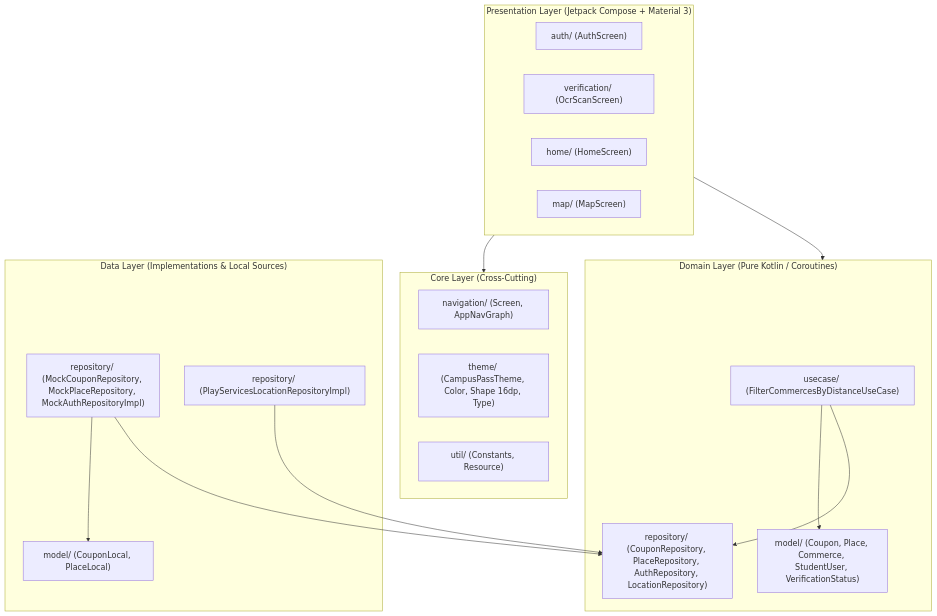
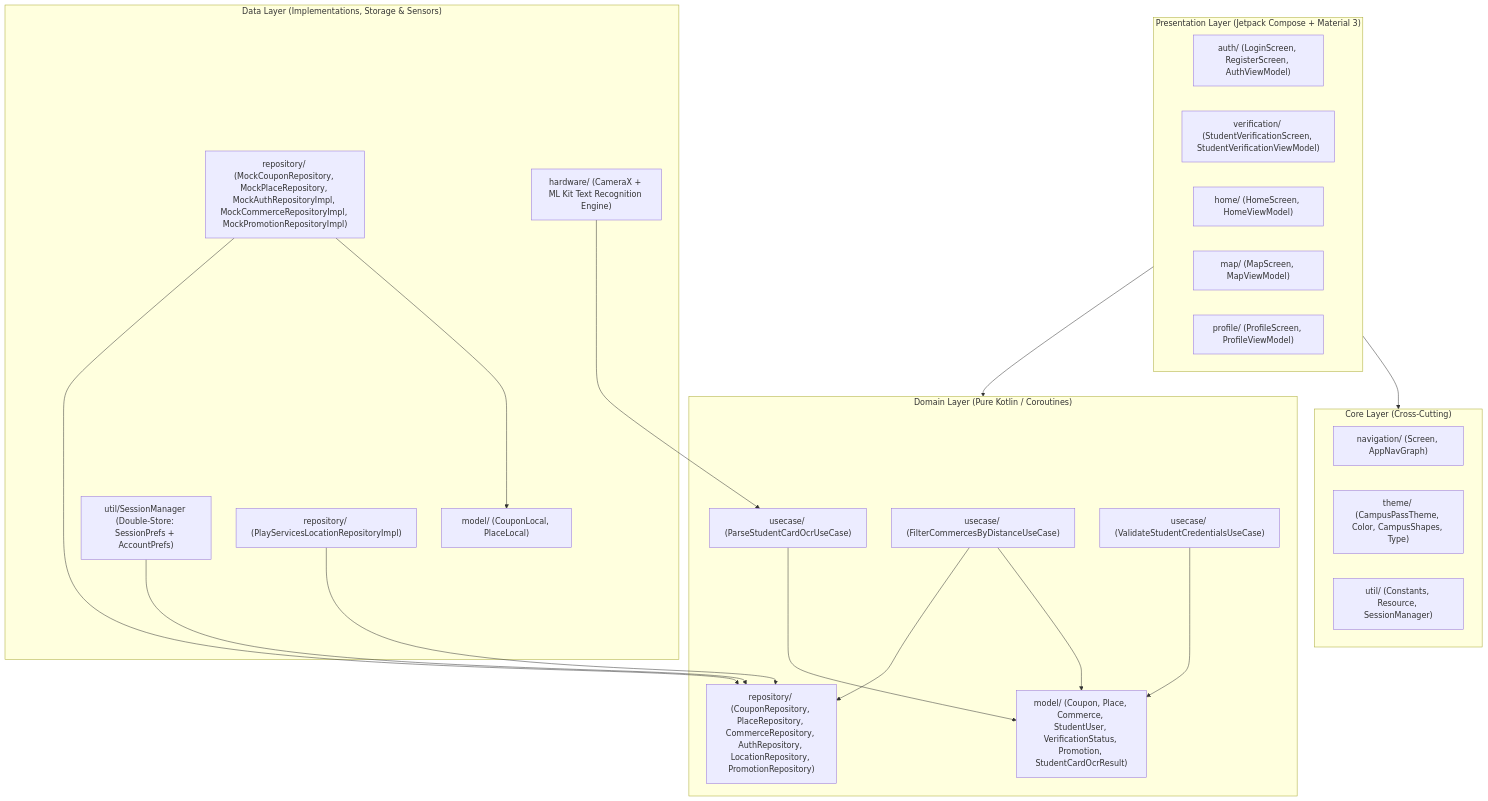
Before and after one commit to MFCC2/EstudiHambres: the diagram in docs/ARCHITECTURE.md, drawn with Mermaid. The commit also changed other lines of this file, not shown here.

Commit message:
docs(architecture): update system architecture and component diagram for v1.2

````diff
--- a/docs/ARCHITECTURE.md
+++ b/docs/ARCHITECTURE.md
@@ -9,35 +9,44 @@
 ```mermaid
 flowchart TD
     subgraph PresentationLayer["Presentation Layer (Jetpack Compose + Material 3)"]
-        AUTH["auth/ (AuthScreen)"]
-        VERIF["verification/ (OcrScanScreen)"]
-        HOME["home/ (HomeScreen)"]
-        MAP["map/ (MapScreen)"]
+        AUTH["auth/ (LoginScreen, RegisterScreen, AuthViewModel)"]
+        VERIF["verification/ (StudentVerificationScreen, StudentVerificationViewModel)"]
+        HOME["home/ (HomeScreen, HomeViewModel)"]
+        MAP["map/ (MapScreen, MapViewModel)"]
+        PROFILE["profile/ (ProfileScreen, ProfileViewModel)"]
     end
 
     subgraph CoreLayer["Core Layer (Cross-Cutting)"]
         NAV["navigation/ (Screen, AppNavGraph)"]
-        THEME["theme/ (CampusPassTheme, Color, Shape 16dp, Type)"]
-        UTIL["util/ (Constants, Resource)"]
+        THEME["theme/ (CampusPassTheme, Color, CampusShapes, Type)"]
+        UTIL["util/ (Constants, Resource, SessionManager)"]
     end
 
     subgraph DomainLayer["Domain Layer (Pure Kotlin / Coroutines)"]
-        UC["usecase/ (FilterCommercesByDistanceUseCase)"]
-        MODELS["model/ (Coupon, Place, Commerce, StudentUser, VerificationStatus)"]
-        REPO_INTERFACES["repository/ (CouponRepository, PlaceRepository, AuthRepository, LocationRepository)"]
+        UC_DIST["usecase/ (FilterCommercesByDistanceUseCase)"]
+        UC_OCR["usecase/ (ParseStudentCardOcrUseCase)"]
+        UC_VAL["usecase/ (ValidateStudentCredentialsUseCase)"]
+        MODELS["model/ (Coupon, Place, Commerce, StudentUser, VerificationStatus, Promotion, StudentCardOcrResult)"]
+        REPO_INTERFACES["repository/ (CouponRepository, PlaceRepository, CommerceRepository, AuthRepository, LocationRepository, PromotionRepository)"]
     end
 
-    subgraph DataLayer["Data Layer (Implementations & Local Sources)"]
+    subgraph DataLayer["Data Layer (Implementations, Storage & Sensors)"]
         LOCAL_MODELS["model/ (CouponLocal, PlaceLocal)"]
-        MOCK_REPOS["repository/ (MockCouponRepository, MockPlaceRepository, MockAuthRepositoryImpl)"]
+        SESSION["util/SessionManager (Double-Store: SessionPrefs + AccountPrefs)"]
+        MOCK_REPOS["repository/ (MockCouponRepository, MockPlaceRepository, MockAuthRepositoryImpl, MockCommerceRepositoryImpl, MockPromotionRepositoryImpl)"]
         PLAY_SERVICES["repository/ (PlayServicesLocationRepositoryImpl)"]
+        CAMERAX_MLKIT["hardware/ (CameraX + ML Kit Text Recognition Engine)"]
     end
 
     PresentationLayer --> CoreLayer
     PresentationLayer --> DomainLayer
     MOCK_REPOS --> LOCAL_MODELS
     MOCK_REPOS --> REPO_INTERFACES
     PLAY_SERVICES --> REPO_INTERFACES
-    UC --> MODELS
-    UC --> REPO_INTERFACES
+    SESSION --> REPO_INTERFACES
+    CAMERAX_MLKIT --> UC_OCR
+    UC_DIST --> MODELS
+    UC_DIST --> REPO_INTERFACES
+    UC_OCR --> MODELS
+    UC_VAL --> MODELS
 ```
````
